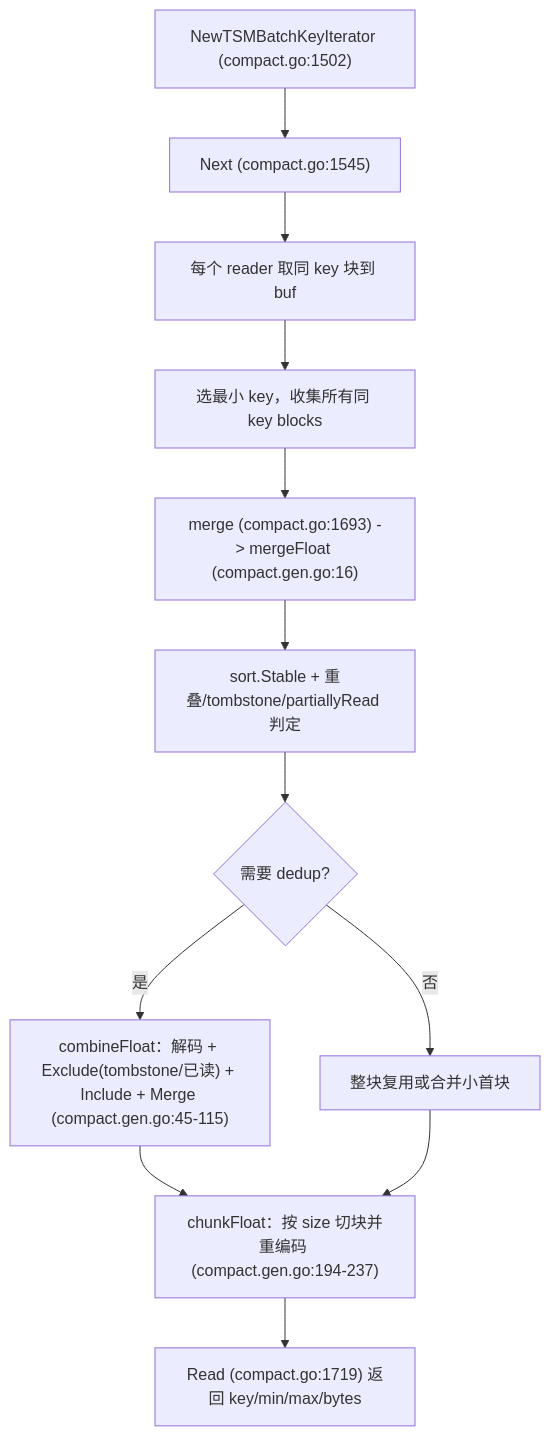
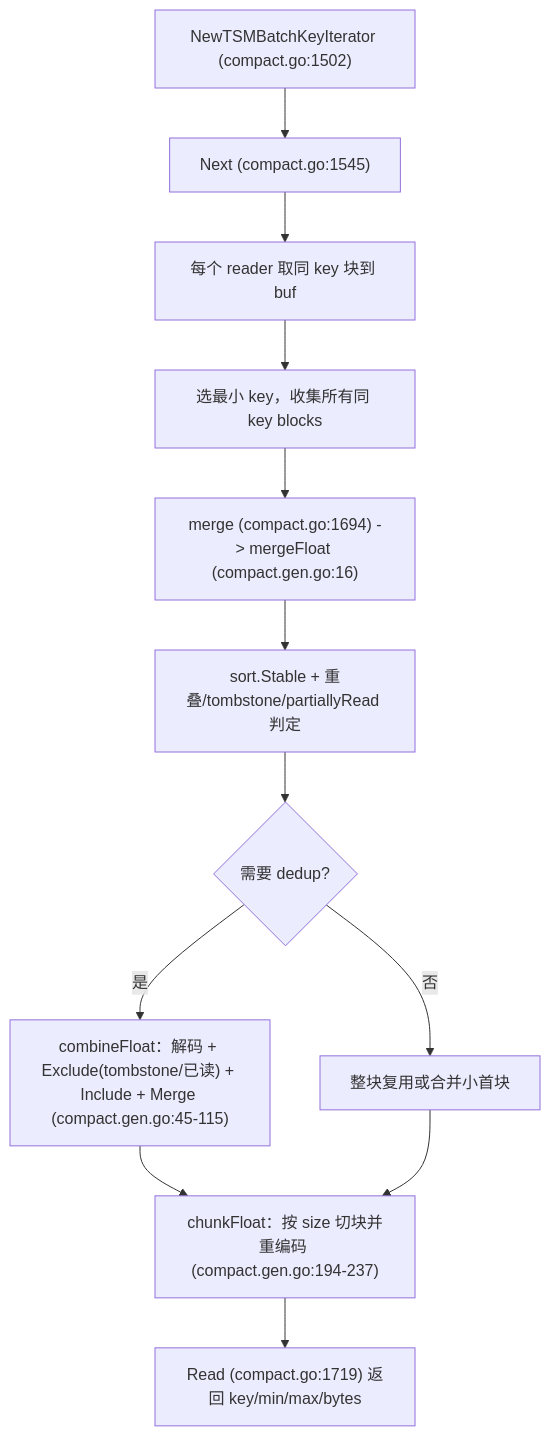
One commit to stefanv5/influxdb changed the fifth of 6 diagrams in docs/specs/v1.8.10-vs-v1.12.3/04_storage_compaction_diff.md. Above: the diagram before and after it, drawn with Mermaid. The commit also changed other lines of this file and 16 other files, not shown here.

````diff
--- a/docs/specs/v1.8.10-vs-v1.12.3/04_storage_compaction_diff.md
+++ b/docs/specs/v1.8.10-vs-v1.12.3/04_storage_compaction_diff.md
@@ -1755,14 +1771,14 @@
 ```mermaid
 flowchart TD
     A["NewTSMBatchKeyIterator (compact.go:1502)"] --> B["Next (compact.go:1545)"]
     B --> C["每个 reader 取同 key 块到 buf"]
     C --> D["选最小 key，收集所有同 key blocks"]
-    D --> E["merge (compact.go:1693) -> mergeFloat (compact.gen.go:16)"]
+    D --> E["merge (compact.go:1694) -> mergeFloat (compact.gen.go:16)"]
     E --> F["sort.Stable + 重叠/tombstone/partiallyRead 判定"]
     F --> G{"需要 dedup?"}
     G -->|"是"| H["combineFloat：解码 + Exclude(tombstone/已读) + Include + Merge (compact.gen.go:45-115)"]
     G -->|"否"| I["整块复用或合并小首块"]
     H --> J["chunkFloat：按 size 切块并重编码 (compact.gen.go:194-237)"]
     I --> J
     J --> K["Read (compact.go:1719) 返回 key/min/max/bytes"]
 ```
````
